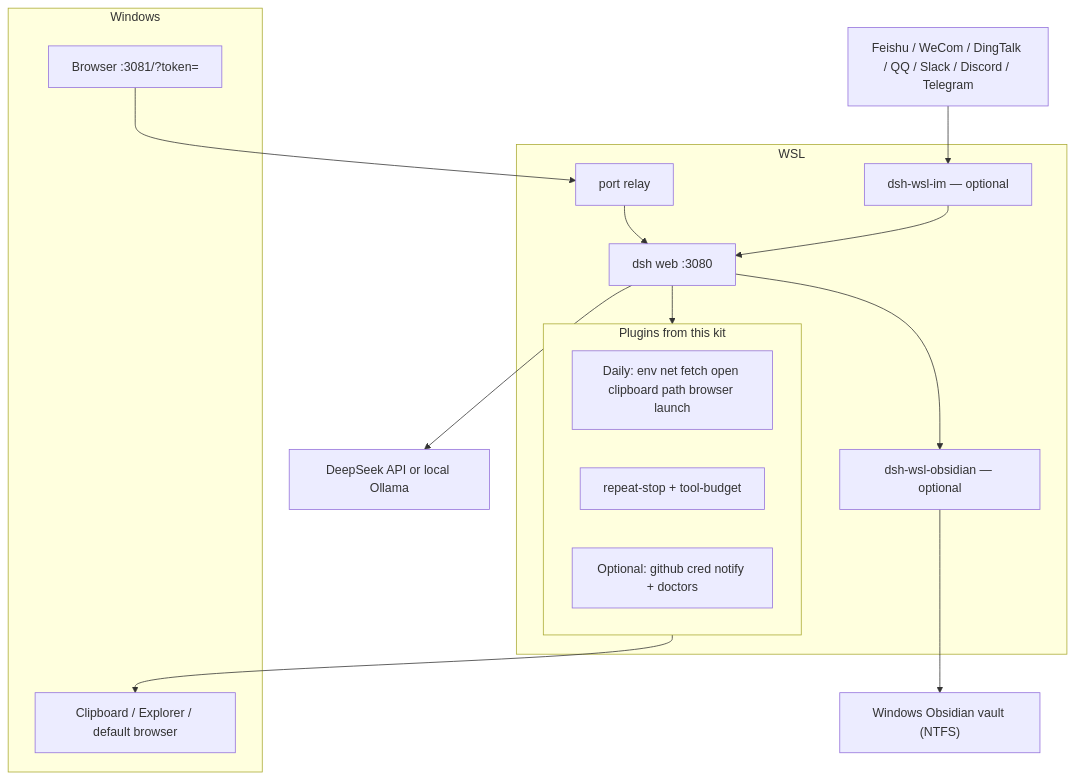
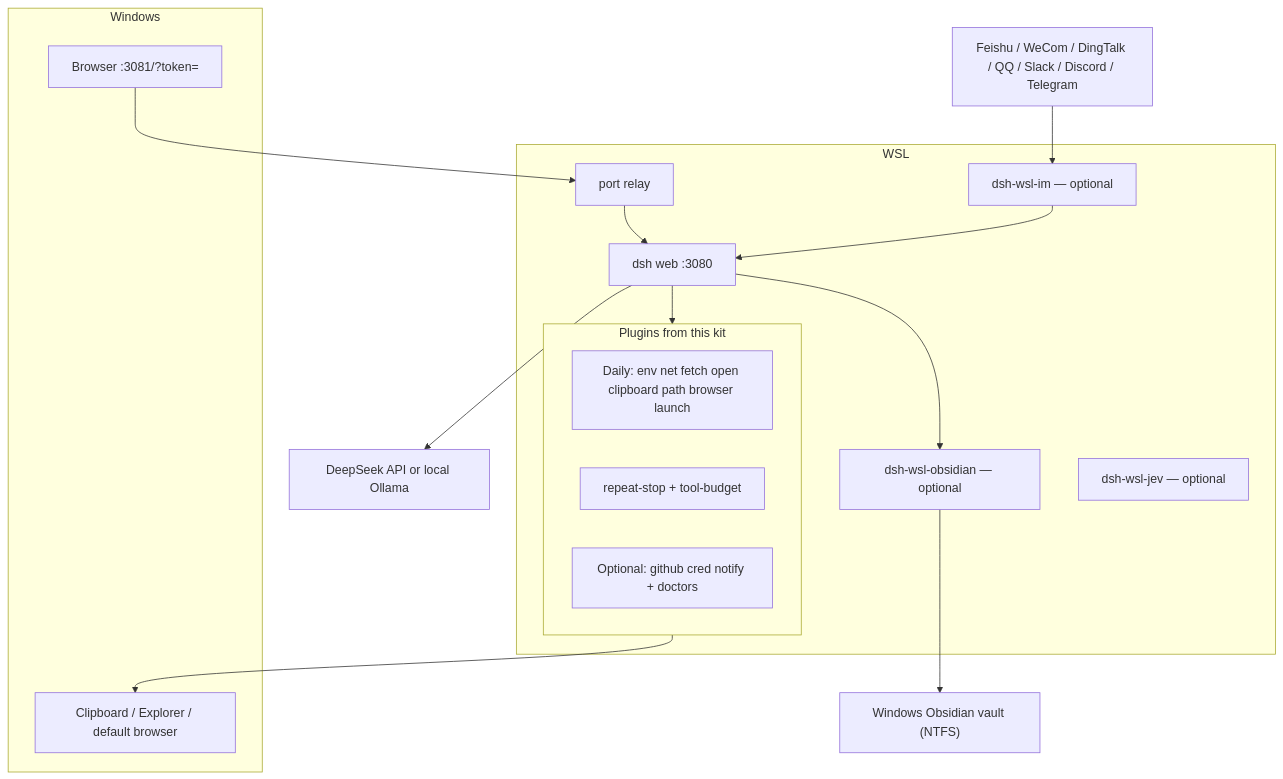
The diagram in README.md (173787247/dsh-wsl-kit), drawn with Mermaid before and after one commit. The commit also changed other lines of this file and 2 other files, not shown here.

Commit message:
docs: list optional dsh-wsl-jev 0.1.0 and source its env on restart

````diff
--- a/README.md
+++ b/README.md
@@ -15,29 +15,30 @@
 ```mermaid
 flowchart TB
   subgraph win [Windows]
     browser["Browser :3081/?token="]
     host["Clipboard / Explorer / default browser"]
   end
   subgraph wslbox [WSL]
     relay["port relay"]
     dsh["dsh web :3080"]
     subgraph plugins [Plugins from this kit]
       daily["Daily: env net fetch open clipboard path browser launch"]
       guards["repeat-stop + tool-budget"]
       more["Optional: github cred notify + doctors"]
     end
     im["dsh-wsl-im — optional"]
     obsidian["dsh-wsl-obsidian — optional"]
+    jev["dsh-wsl-jev — optional"]
   end
   llm["DeepSeek API or local Ollama"]
   chats["Feishu / WeCom / DingTalk / QQ / Slack / Discord / Telegram"]
   vault["Windows Obsidian vault (NTFS)"]
 
   browser --> relay --> dsh
   dsh --> plugins
   dsh --> llm
   plugins --> host
   chats --> im --> dsh
   obsidian --> vault
   dsh --> obsidian
 ```
````
